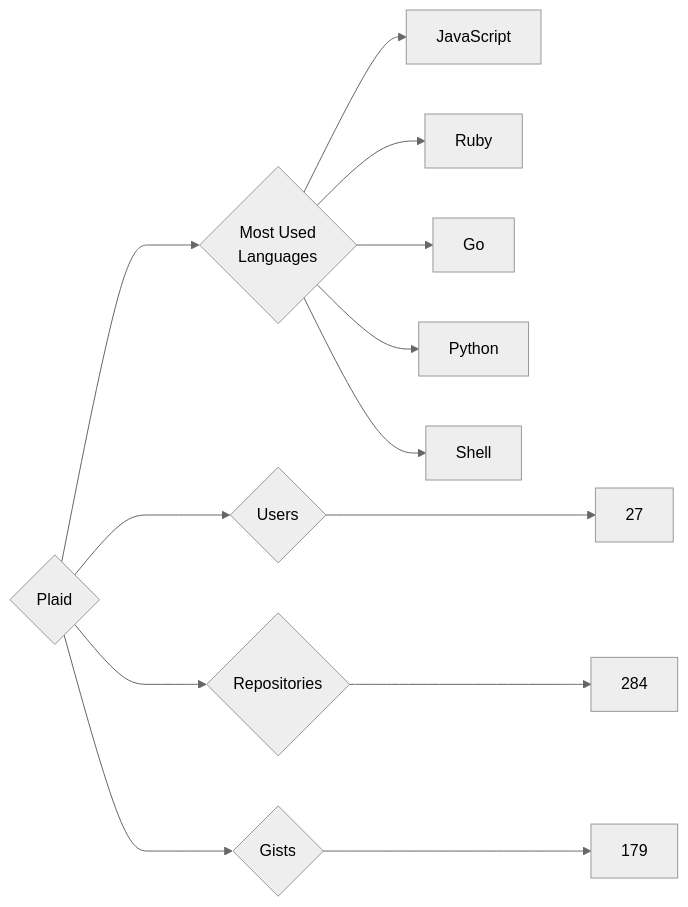
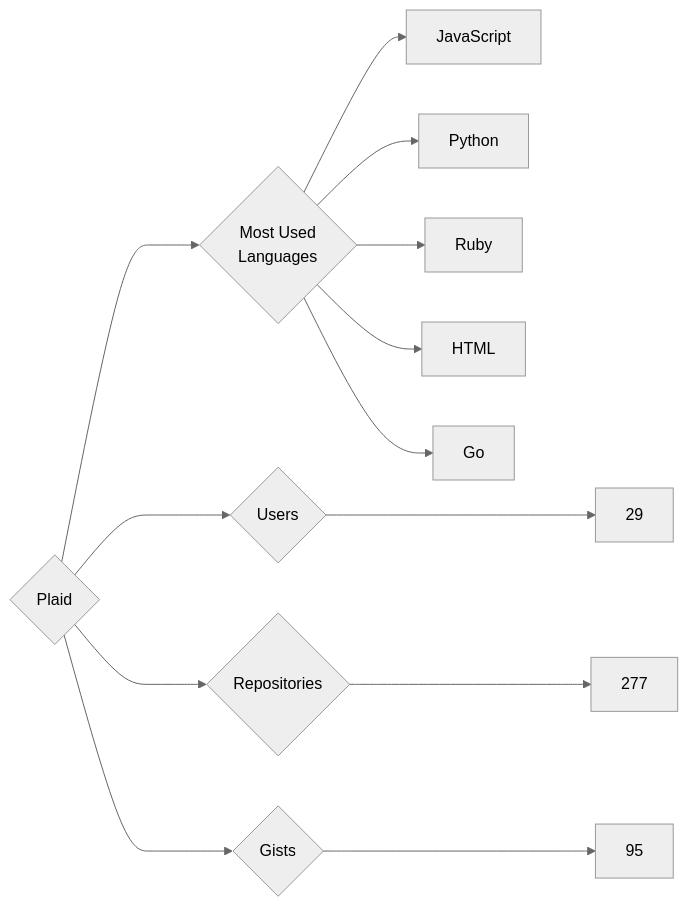
Before and after one commit to trickest/insiders: the diagram in targets/Plaid/README.md, drawn with Mermaid (neutral theme). The commit also changed 953 other files, not shown here.

````diff
--- a/targets/Plaid/README.md
+++ b/targets/Plaid/README.md
@@ -3,13 +3,13 @@
 ```mermaid
 graph LR
 COMPANY_NAME{Plaid}
-COMPANY_NAME ---> U{Users} ---> UN[27]
-COMPANY_NAME ---> R{Repositories} ---> RN[284]
-COMPANY_NAME ---> G{Gists} ---> GN[179]
+COMPANY_NAME ---> U{Users} ---> UN[29]
+COMPANY_NAME ---> R{Repositories} ---> RN[277]
+COMPANY_NAME ---> G{Gists} ---> GN[95]
 COMPANY_NAME ---> ML{Most Used<br>Languages}
 ML --> JavaScript[JavaScript]
+ML --> Python[Python]
 ML --> Ruby[Ruby]
+ML --> HTML[HTML]
 ML --> Go[Go]
-ML --> Python[Python]
-ML --> Shell[Shell]
 ```
````
